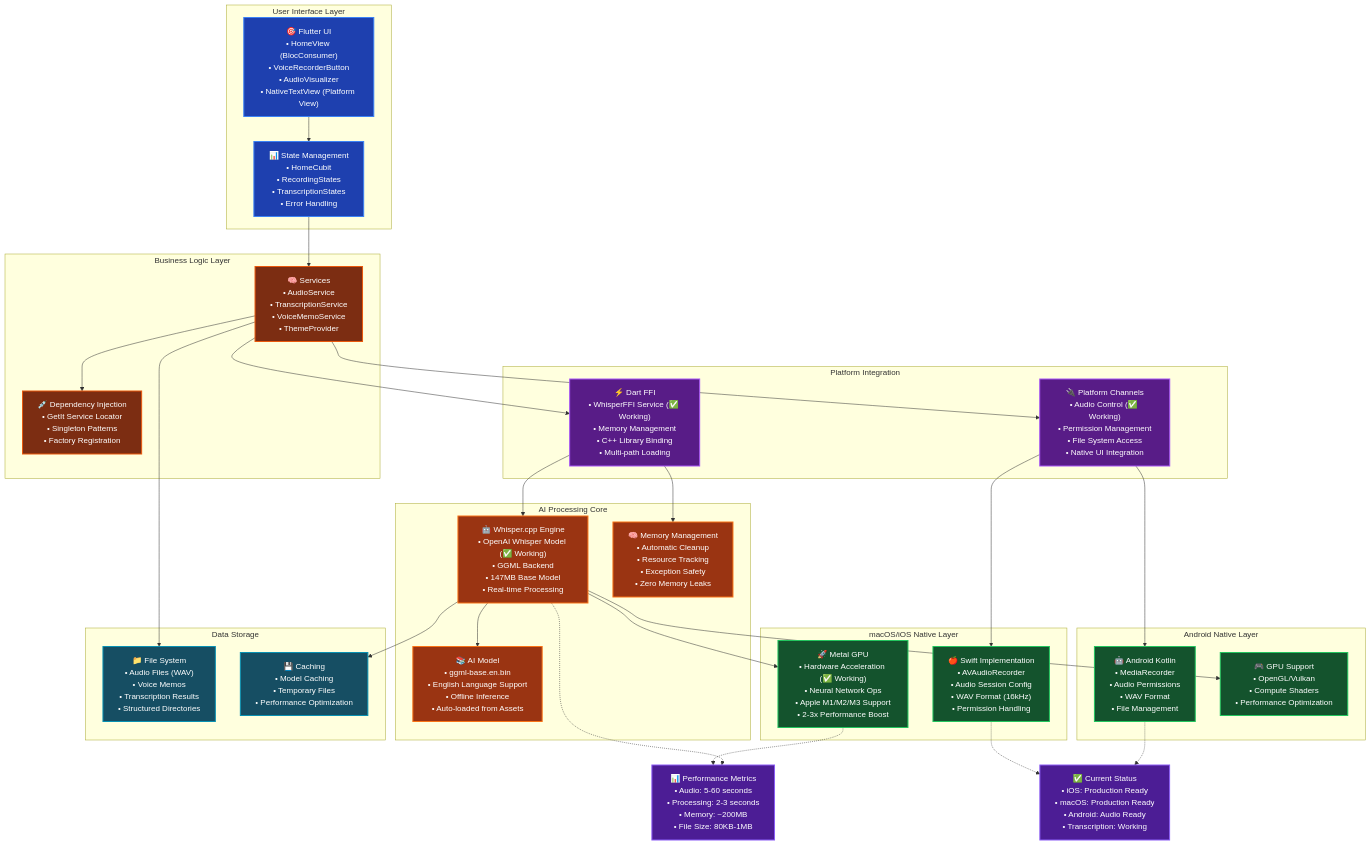
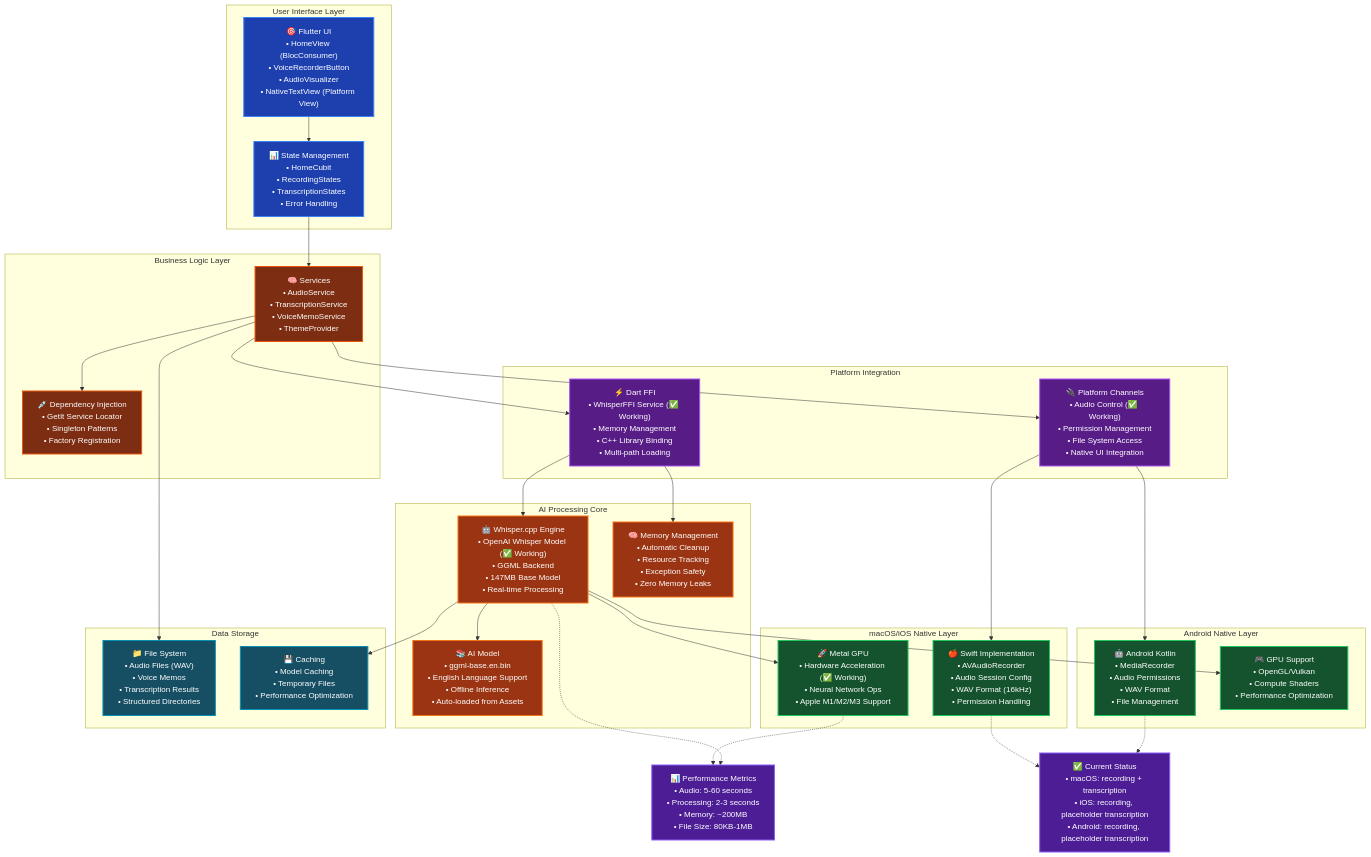
The first of 2 diagrams in docs/guides/architecture.md (esrakadah/flutter_voice_bridge), drawn with Mermaid before and after one commit. The commit also changed other lines of this file and 8 other files, not shown here.

```diff
--- a/docs/guides/architecture.md
+++ b/docs/guides/architecture.md
@@ -76,7 +79,7 @@
     subgraph "macOS/iOS Native Layer"
         Swift["🍎 Swift Implementation<br/>• AVAudioRecorder<br/>• Audio Session Config<br/>• WAV Format (16kHz)<br/>• Permission Handling"]
         
-        Metal["🚀 Metal GPU<br/>• Hardware Acceleration (✅ Working)<br/>• Neural Network Ops<br/>• Apple M1/M2/M3 Support<br/>• 2-3x Performance Boost"]
+        Metal["🚀 Metal GPU<br/>• Hardware Acceleration (✅ Working)<br/>• Neural Network Ops<br/>• Apple M1/M2/M3 Support"]
     end
     
     subgraph "Android Native Layer"
@@ -128,7 +131,7 @@
     %% Status Indicators and Performance Metrics
     Performance["📊 Performance Metrics<br/>• Audio: 5-60 seconds<br/>• Processing: 2-3 seconds<br/>• Memory: ~200MB<br/>• File Size: 80KB-1MB"]
     
-    Status["✅ Current Status<br/>• iOS: Production Ready<br/>• macOS: Production Ready<br/>• Android: Audio Ready<br/>• Transcription: Working"]
+    Status["✅ Current Status<br/>• macOS: recording + transcription<br/>• iOS: recording, placeholder transcription<br/>• Android: recording, placeholder transcription"]
     
     %% Connect performance info
     Metal -.-> Performance
```
